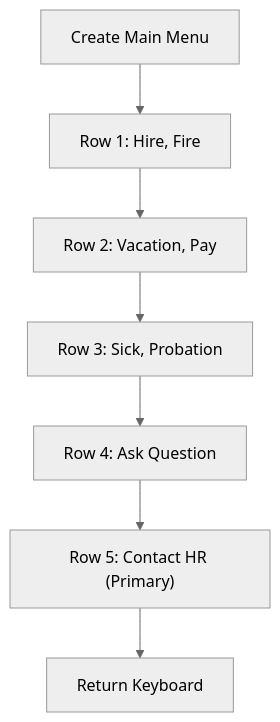
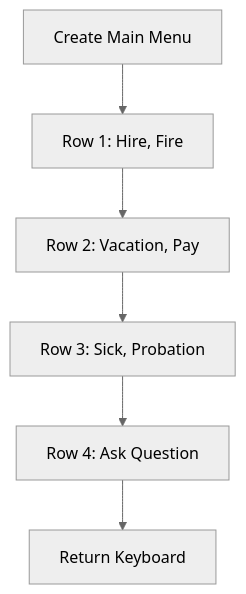
One commit to ognelis/cafetera_hr_bot changed the fifth of 11 diagrams in .qoder/repowiki/en/content/Keyboard System.md. Above: the diagram before and after it, drawn with Mermaid (neutral theme). The commit also changed other lines of this file and 16 other files, not shown here.

````diff
--- a/.qoder/repowiki/en/content/Keyboard System.md
+++ b/.qoder/repowiki/en/content/Keyboard System.md
@@ -248,9 +221,8 @@
 ```mermaid
 flowchart TD
 A["Create Main Menu"] --> B["Row 1: Hire, Fire"]
 B --> C["Row 2: Vacation, Pay"]
 C --> D["Row 3: Sick, Probation"]
 D --> E["Row 4: Ask Question"]
-E --> F["Row 5: Contact HR (Primary)"]
-F --> G["Return Keyboard"]
+E --> F["Return Keyboard"]
 ```
````
